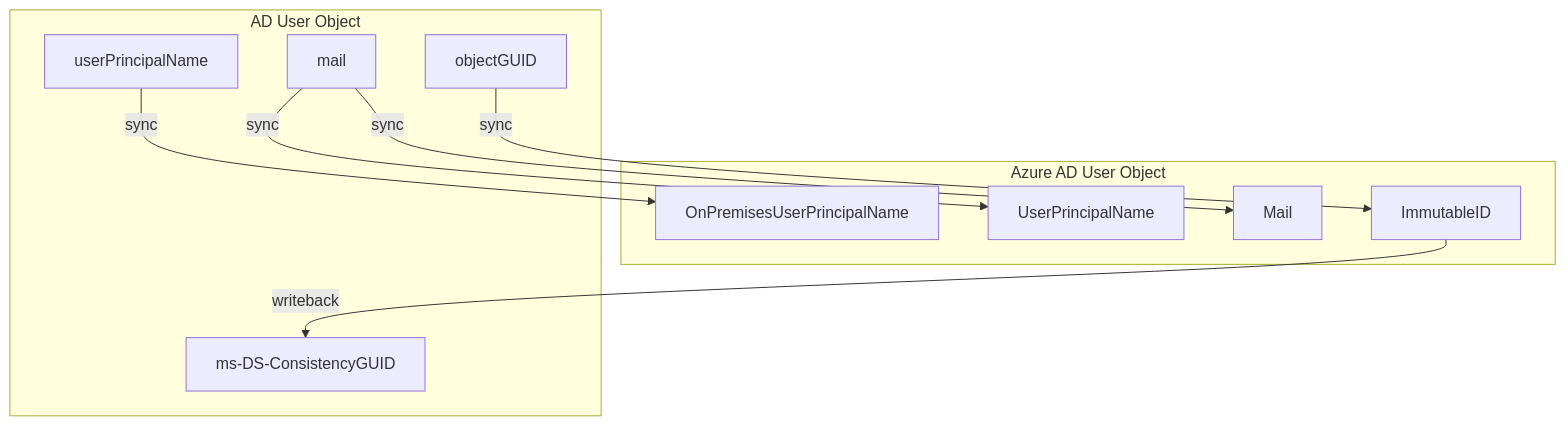
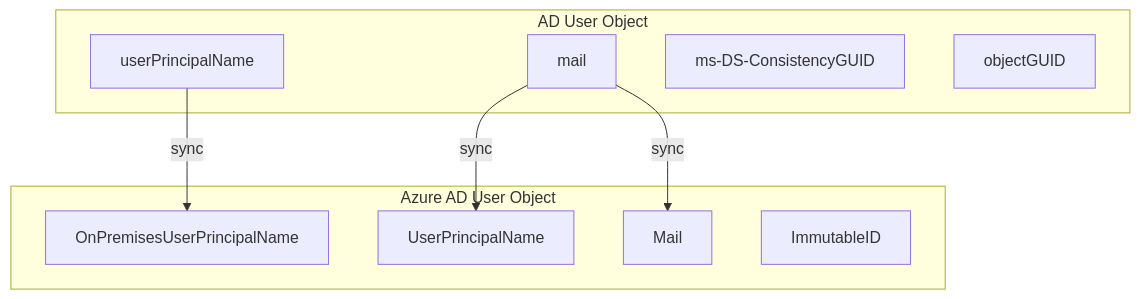
One commit to amasse3/AzureAD-Baseline-MLZ changed the diagram in doc/AAD-CertificateBasedAuthentication-DODPKI.md. Above: the diagram before and after it, drawn with Mermaid.

Commit message:
correct mermaid flowchart - remove ImmutableID

`````diff
--- a/doc/AAD-CertificateBasedAuthentication-DODPKI.md
+++ b/doc/AAD-CertificateBasedAuthentication-DODPKI.md
@@ -28,19 +28,18 @@
 ````mermaid
 flowchart TB
     subgraph Azure AD User Object
     UserPrincipalName
     OnPremisesUserPrincipalName
     Mail
     ImmutableID
     end
     subgraph AD User Object
     userPrincipalName
     mail
     ms-DS-ConsistencyGUID
     objectGUID
     end
     userPrincipalName--sync-->OnPremisesUserPrincipalName
     mail--sync-->UserPrincipalName
     mail--sync-->Mail
-    objectGUID--sync-->ImmutableID--writeback-->ms-DS-ConsistencyGUID
 ````
`````
